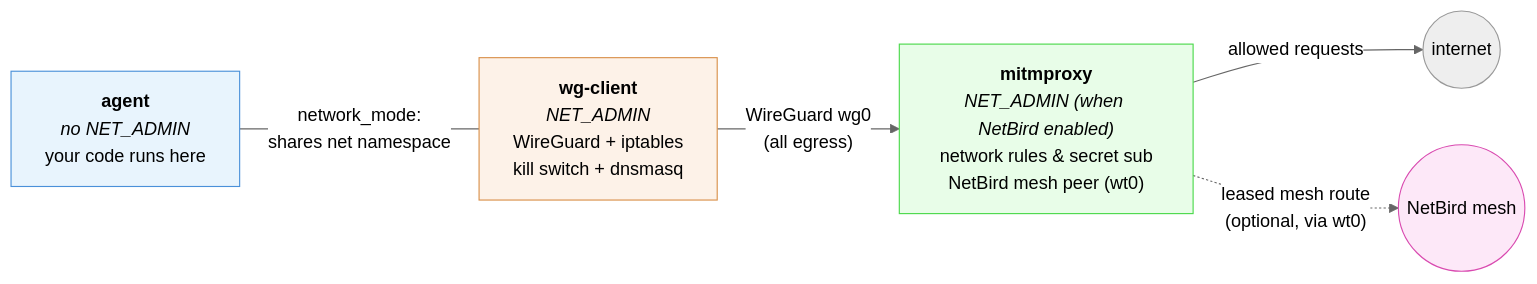
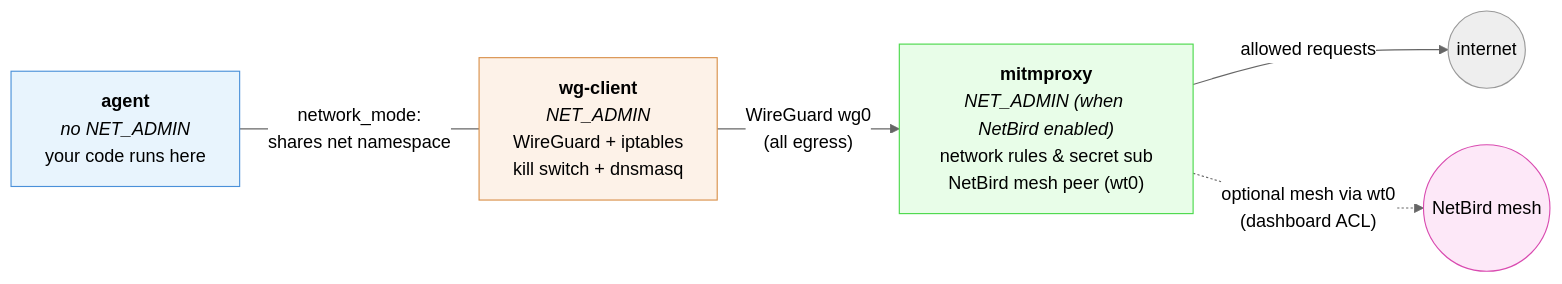
The first of 3 diagrams in README.md (VirtusLab/sandcat), drawn with Mermaid (neutral theme) before and after one commit. The commit also changed other lines of this file and 22 other files, not shown here.

````diff
--- a/README.md
+++ b/README.md
@@ -592,18 +592,18 @@
 ```mermaid
 flowchart LR
     agent["<b>agent</b><br/><i>no NET_ADMIN</i><br/>your code runs here"]
     wg["<b>wg-client</b><br/><i>NET_ADMIN</i><br/>WireGuard + iptables<br/>kill switch + dnsmasq"]
     mitm["<b>mitmproxy</b><br/><i>NET_ADMIN (when NetBird enabled)</i><br/>network rules &amp; secret sub<br/>NetBird mesh peer (wt0)"]
     inet(("internet"))
     mesh(("NetBird mesh"))
 
     agent -- "network_mode:<br/>shares net namespace" --- wg
     wg -- "WireGuard wg0<br/>(all egress)" --> mitm
     mitm -- "allowed requests" --> inet
-    mitm -. "leased mesh route<br/>(optional, via wt0)" .-> mesh
+    mitm -. "optional mesh via wt0<br/>(dashboard ACL)" .-> mesh
 
     style agent fill:#e8f4fd,stroke:#4a90d9
     style wg fill:#fdf2e8,stroke:#d9904a
     style mitm fill:#e8fde8,stroke:#4ad94a
     style mesh fill:#fde8f8,stroke:#d94ab0
 ```
````
